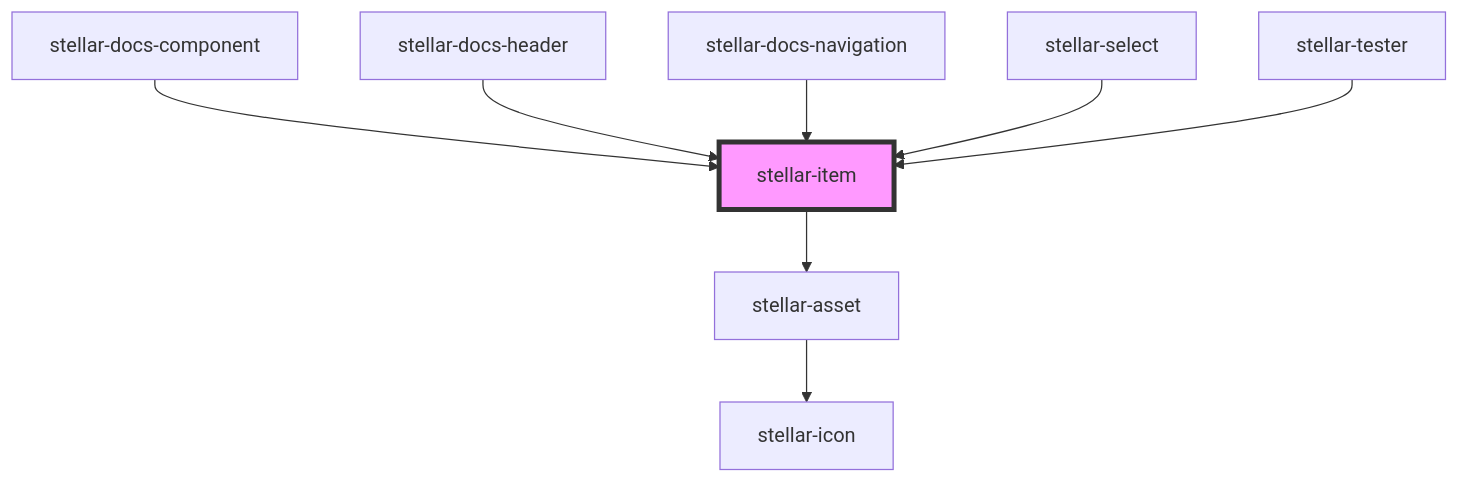
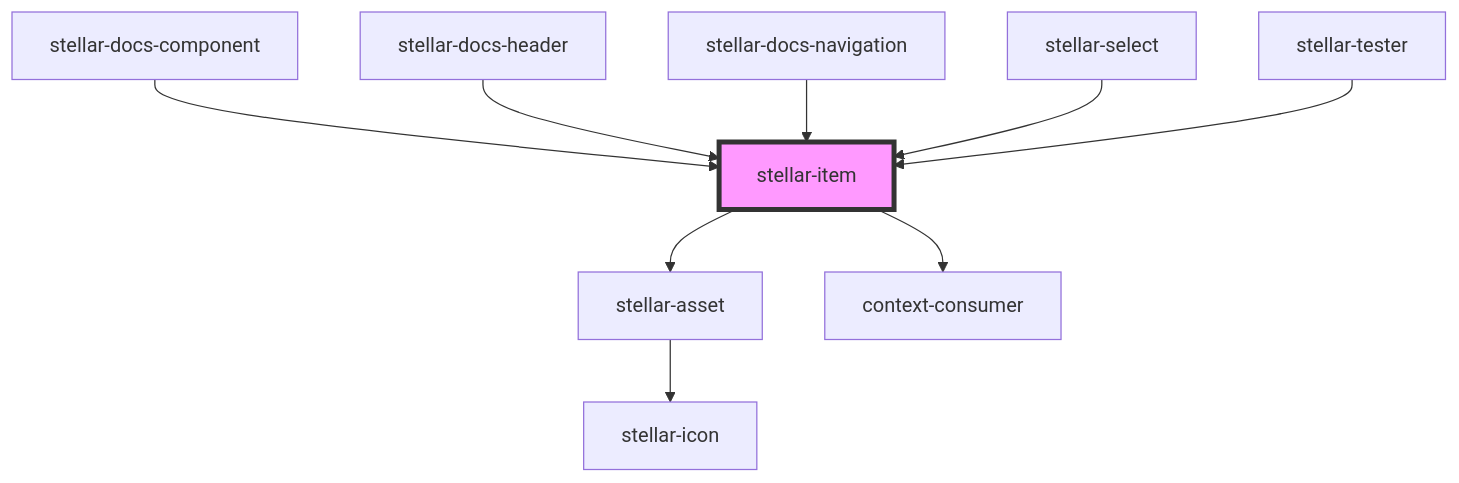
One commit to splitinfinities/Stellar changed the diagram in src/components/forms/item/readme.md. Above: the diagram before and after it, drawn with Mermaid. The commit also changed other lines of this file and 44 other files, not shown here.

````diff
--- a/src/components/forms/item/readme.md
+++ b/src/components/forms/item/readme.md
@@ -100,11 +102,12 @@
 ```mermaid
 graph TD;
   stellar-item --> stellar-asset
+  stellar-item --> context-consumer
   stellar-asset --> stellar-icon
   stellar-docs-component --> stellar-item
   stellar-docs-header --> stellar-item
   stellar-docs-navigation --> stellar-item
   stellar-select --> stellar-item
   stellar-tester --> stellar-item
   style stellar-item fill:#f9f,stroke:#333,stroke-width:4px
 ```
````
